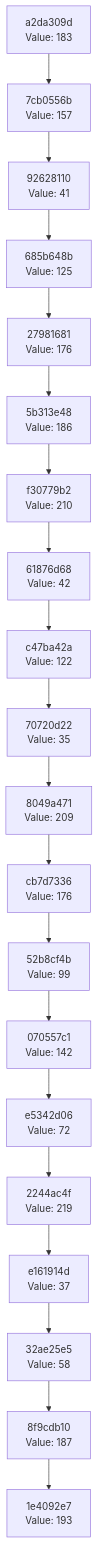
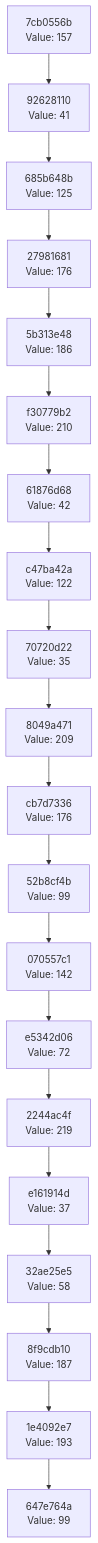
Before and after one commit to Abhisheksinha1506/hash-chain-evolver: the diagram in docs/CHAIN_VISUALIZATION.md, drawn with Mermaid. The commit also changed 2 other files, not shown here.

Commit message:
Evolution Step

````diff
--- a/docs/CHAIN_VISUALIZATION.md
+++ b/docs/CHAIN_VISUALIZATION.md
@@ -3,42 +3,42 @@
 ```mermaid
 graph TD
-    C0["1e4092e7<br/>Value: 193"]
-    C1["8f9cdb10<br/>Value: 187"]
+    C0["647e764a<br/>Value: 99"]
+    C1["1e4092e7<br/>Value: 193"]
     C1 --> C0
-    C2["32ae25e5<br/>Value: 58"]
+    C2["8f9cdb10<br/>Value: 187"]
     C2 --> C1
-    C3["e161914d<br/>Value: 37"]
+    C3["32ae25e5<br/>Value: 58"]
     C3 --> C2
-    C4["2244ac4f<br/>Value: 219"]
+    C4["e161914d<br/>Value: 37"]
     C4 --> C3
-    C5["e5342d06<br/>Value: 72"]
+    C5["2244ac4f<br/>Value: 219"]
     C5 --> C4
-    C6["070557c1<br/>Value: 142"]
+    C6["e5342d06<br/>Value: 72"]
     C6 --> C5
-    C7["52b8cf4b<br/>Value: 99"]
+    C7["070557c1<br/>Value: 142"]
     C7 --> C6
-    C8["cb7d7336<br/>Value: 176"]
+    C8["52b8cf4b<br/>Value: 99"]
     C8 --> C7
-    C9["8049a471<br/>Value: 209"]
+    C9["cb7d7336<br/>Value: 176"]
     C9 --> C8
-    C10["70720d22<br/>Value: 35"]
+    C10["8049a471<br/>Value: 209"]
     C10 --> C9
-    C11["c47ba42a<br/>Value: 122"]
+    C11["70720d22<br/>Value: 35"]
     C11 --> C10
-    C12["61876d68<br/>Value: 42"]
+    C12["c47ba42a<br/>Value: 122"]
     C12 --> C11
-    C13["f30779b2<br/>Value: 210"]
+    C13["61876d68<br/>Value: 42"]
     C13 --> C12
-    C14["5b313e48<br/>Value: 186"]
+    C14["f30779b2<br/>Value: 210"]
     C14 --> C13
-    C15["27981681<br/>Value: 176"]
+    C15["5b313e48<br/>Value: 186"]
     C15 --> C14
-    C16["685b648b<br/>Value: 125"]
+    C16["27981681<br/>Value: 176"]
     C16 --> C15
-    C17["92628110<br/>Value: 41"]
+    C17["685b648b<br/>Value: 125"]
     C17 --> C16
-    C18["7cb0556b<br/>Value: 157"]
+    C18["92628110<br/>Value: 41"]
     C18 --> C17
-    C19["a2da309d<br/>Value: 183"]
+    C19["7cb0556b<br/>Value: 157"]
     C19 --> C18
 ```
````
